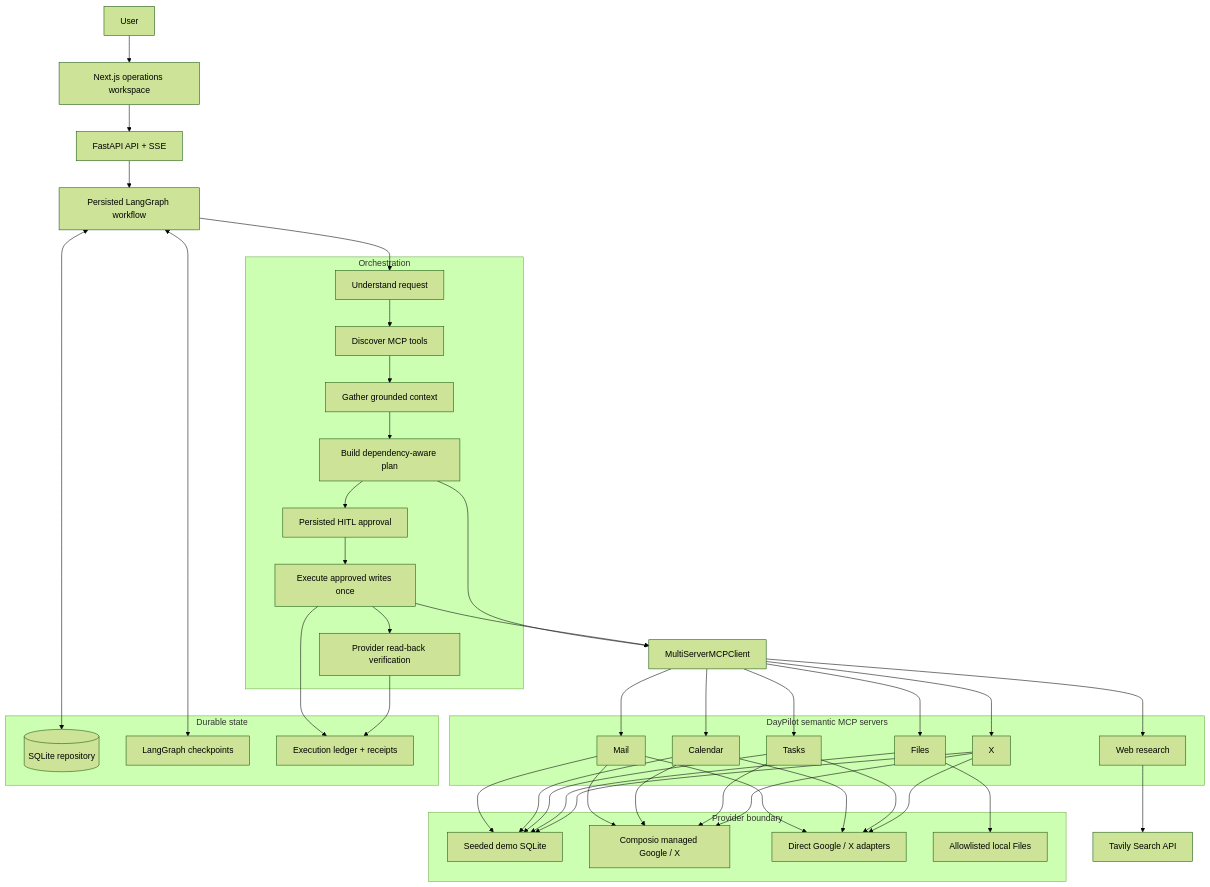
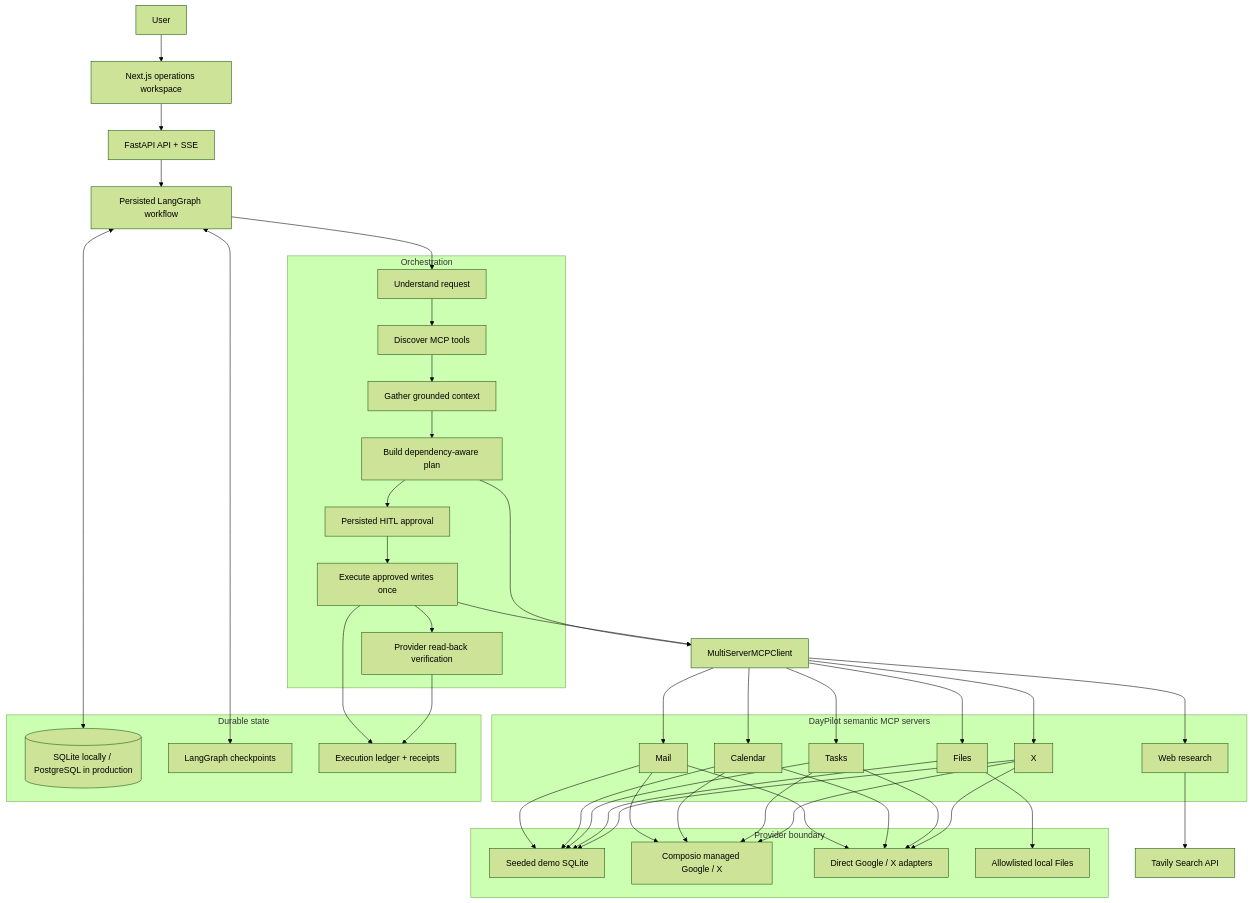
One commit to dumpydon/daypilot changed the first of 2 diagrams in README.md. Above: the diagram before and after it, drawn with Mermaid (forest theme). The commit also changed other lines of this file and 43 other files, not shown here.

````diff
--- a/README.md
+++ b/README.md
@@ -32,68 +32,68 @@
 ```mermaid
 flowchart TB
     User[User] --> UI[Next.js operations workspace]
     UI --> API[FastAPI API + SSE]
     API --> Graph[Persisted LangGraph workflow]
 
     subgraph orchestration[Orchestration]
         Intent[Understand request]
         Discover[Discover MCP tools]
         Gather[Gather grounded context]
         Plan[Build dependency-aware plan]
         Gate[Persisted HITL approval]
         Execute[Execute approved writes once]
         Verify[Provider read-back verification]
         Intent --> Discover --> Gather --> Plan --> Gate --> Execute --> Verify
     end
     Graph --> Intent
 
     Plan --> MCP[MultiServerMCPClient]
     Execute --> MCP
 
     subgraph semantic[DayPilot semantic MCP servers]
         Mail[Mail]
         Calendar[Calendar]
         Tasks[Tasks]
         Files[Files]
         X[X]
         Web[Web research]
     end
     MCP --> Mail
     MCP --> Calendar
     MCP --> Tasks
     MCP --> Files
     MCP --> X
     MCP --> Web
 
     subgraph providers[Provider boundary]
         Demo[Seeded demo SQLite]
         Managed[Composio managed Google / X]
         Direct[Direct Google / X adapters]
         Local[Allowlisted local Files]
     end
     Mail --> Demo
     Calendar --> Demo
     Tasks --> Demo
     Files --> Demo
     X --> Demo
     Mail --> Managed
     Calendar --> Managed
     Tasks --> Managed
     X --> Managed
     Mail --> Direct
     Calendar --> Direct
     Tasks --> Direct
     X --> Direct
     Files --> Local
     Web --> Tavily[Tavily Search API]
 
     subgraph persistence[Durable state]
-        SQLite[(SQLite repository)]
+        Database[(SQLite locally / PostgreSQL in production)]
         Checkpoints[LangGraph checkpoints]
         Ledger[Execution ledger + receipts]
     end
-    Graph <--> SQLite
+    Graph <--> Database
     Graph <--> Checkpoints
     Execute --> Ledger
     Verify --> Ledger
 ```
````
